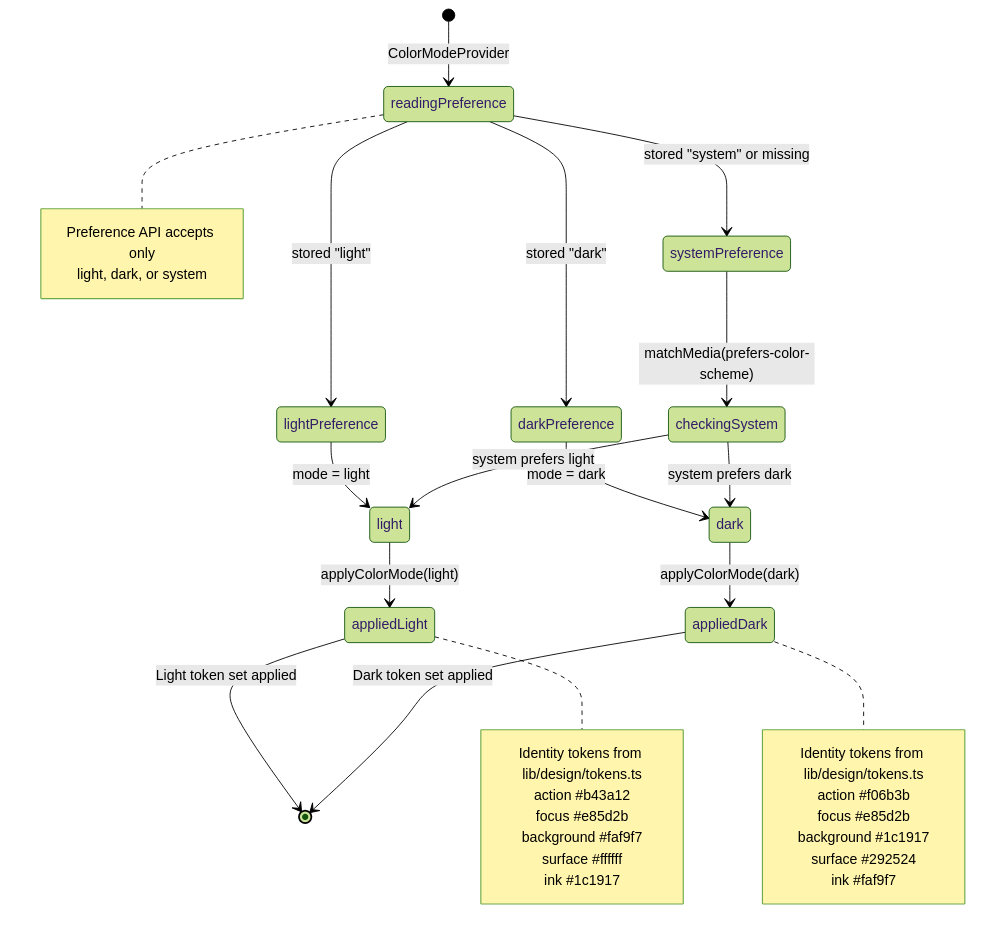
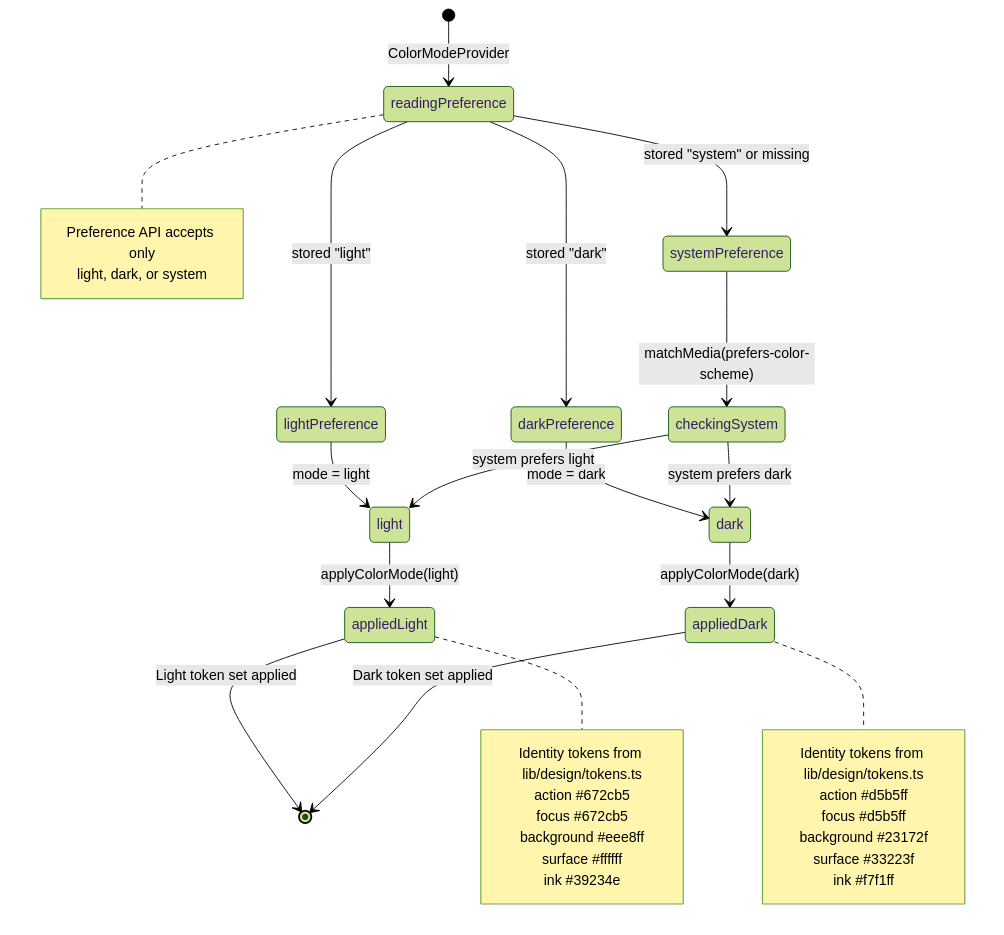
One commit to misty-step/linejam changed the seventh of 7 diagrams in docs/state-diagrams.md. Above: the diagram before and after it, drawn with Mermaid (forest theme). The commit also changed other lines of this file and 323 other files, not shown here.

````diff
--- a/docs/state-diagrams.md
+++ b/docs/state-diagrams.md
@@ -303,44 +303,44 @@
 ```mermaid
 stateDiagram-v2
     [*] --> readingPreference : ColorModeProvider
 
     readingPreference --> lightPreference : stored "light"
     readingPreference --> darkPreference : stored "dark"
     readingPreference --> systemPreference : stored "system" or missing
 
     lightPreference --> light : mode = light
     darkPreference --> dark : mode = dark
     systemPreference --> checkingSystem : matchMedia(prefers-color-scheme)
 
     checkingSystem --> light : system prefers light
     checkingSystem --> dark : system prefers dark
 
     light --> appliedLight : applyColorMode(light)
     dark --> appliedDark : applyColorMode(dark)
 
     appliedLight --> [*] : Light token set applied
     appliedDark --> [*] : Dark token set applied
 
     note right of readingPreference
         Preference API accepts only
         light, dark, or system
     end note
 
     note right of appliedLight
         Identity tokens from lib/design/tokens.ts
-        action #b43a12
-        focus #e85d2b
-        background #faf9f7
+        action #672cb5
+        focus #672cb5
+        background #eee8ff
         surface #ffffff
-        ink #1c1917
+        ink #39234e
     end note
 
     note right of appliedDark
         Identity tokens from lib/design/tokens.ts
-        action #f06b3b
-        focus #e85d2b
-        background #1c1917
-        surface #292524
-        ink #faf9f7
+        action #d5b5ff
+        focus #d5b5ff
+        background #23172f
+        surface #33223f
+        ink #f7f1ff
     end note
 ```
````
